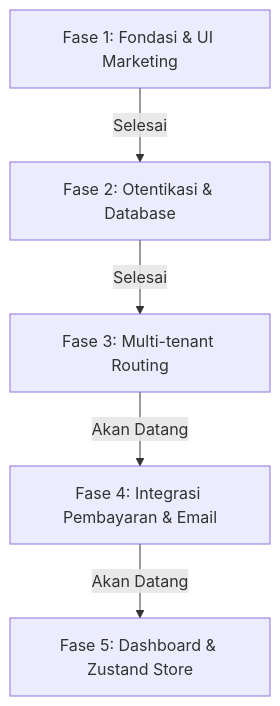
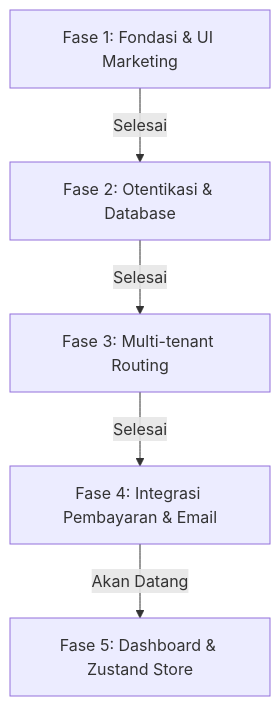
One commit to cephiii94/upshare changed the diagram in roadmap.md. Above: the diagram before and after it, drawn with Mermaid. The commit also changed other lines of this file and 25 other files, not shown here.

````diff
--- a/roadmap.md
+++ b/roadmap.md
@@ -9,7 +9,7 @@
 ```mermaid
 graph TD
     Phase1[Fase 1: Fondasi & UI Marketing] -->|Selesai| Phase2[Fase 2: Otentikasi & Database]
     Phase2 -->|Selesai| Phase3[Fase 3: Multi-tenant Routing]
-    Phase3 -->|Akan Datang| Phase4[Fase 4: Integrasi Pembayaran & Email]
+    Phase3 -->|Selesai| Phase4[Fase 4: Integrasi Pembayaran & Email]
     Phase4 -->|Akan Datang| Phase5[Fase 5: Dashboard & Zustand Store]
 ```
````
